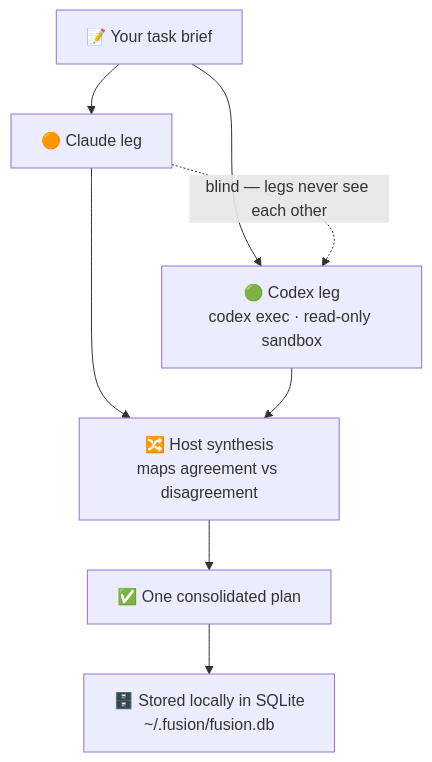
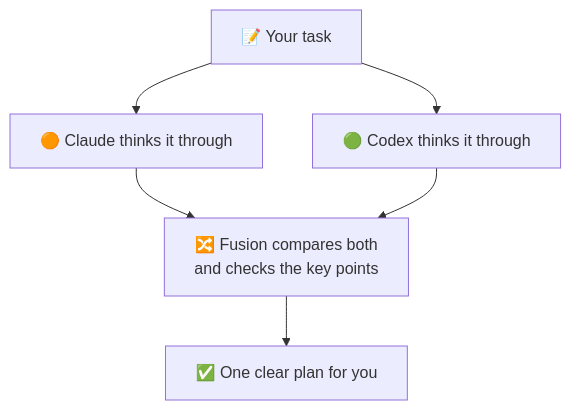
The diagram in README.md (Adityalingwal/Fusion), drawn with Mermaid before and after one commit. The commit also changed other lines of this file, not shown here.

````diff
--- a/README.md
+++ b/README.md
@@ -13,10 +12,8 @@
 ```mermaid
 flowchart TD
-    A["📝 Your task brief"] --> B["🟠 Claude leg"]
-    A --> C["🟢 Codex leg<br/>codex exec · read-only sandbox"]
-    B -.->|"blind — legs never see each other"| C
-    B --> D["🔀 Host synthesis<br/>maps agreement vs disagreement"]
+    A["📝 Your task"] --> B["🟠 Claude thinks it through"]
+    A --> C["🟢 Codex thinks it through"]
+    B --> D["🔀 Fusion compares both<br/>and checks the key points"]
     C --> D
-    D --> E["✅ One consolidated plan"]
-    E --> F["🗄️ Stored locally in SQLite<br/>~/.fusion/fusion.db"]
+    D --> E["✅ One clear plan for you"]
 ```
````
